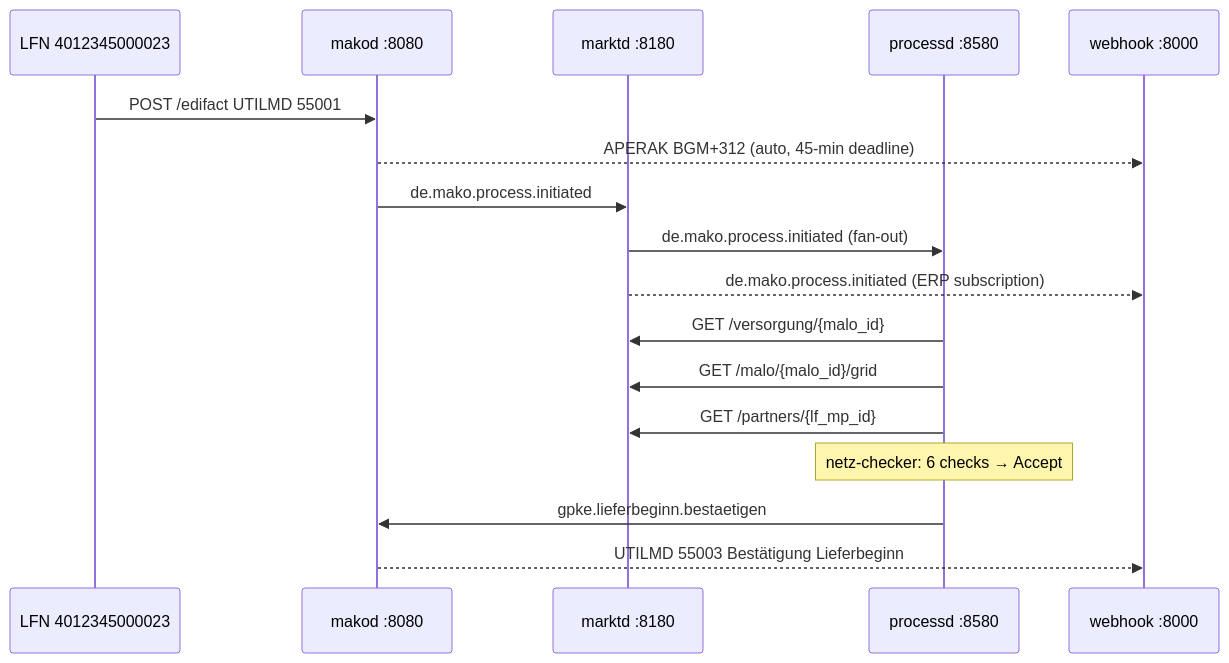
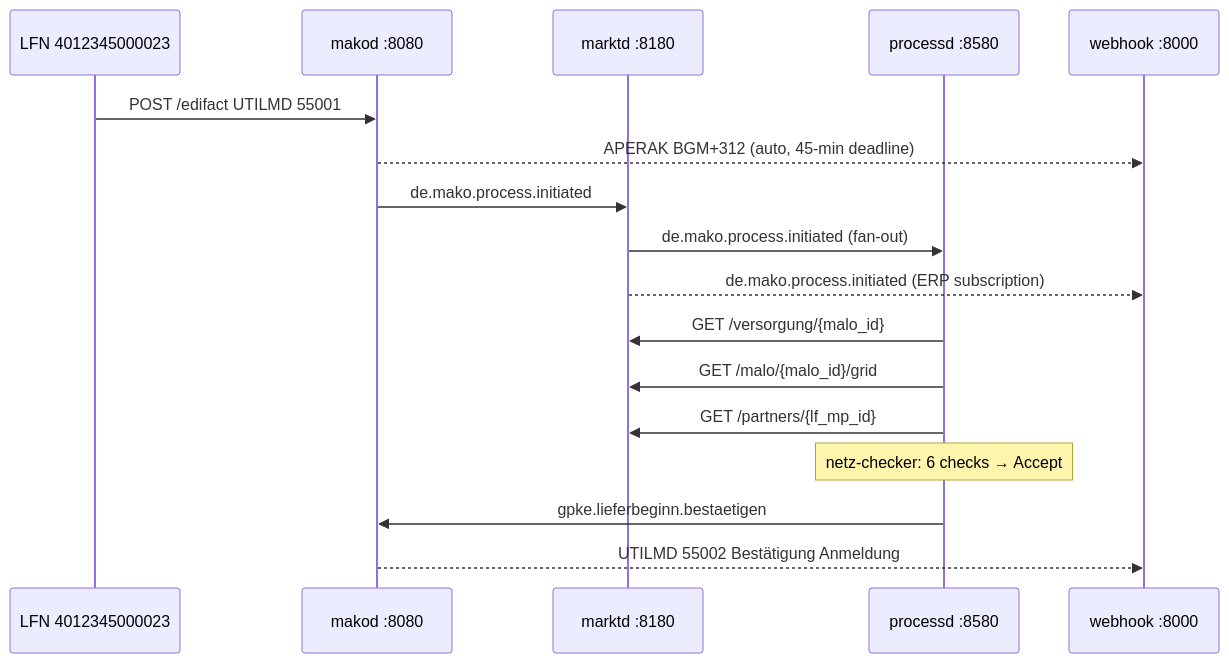
Before and after one commit to hupe1980/mako: the diagram in demos/nb-stp/README.md, drawn with Mermaid. The commit also changed other lines of this file and 276 other files, not shown here.

````diff
--- a/demos/nb-stp/README.md
+++ b/demos/nb-stp/README.md
@@ -35,20 +35,20 @@
 ```mermaid
 sequenceDiagram
     participant LF as LFN 4012345000023
     participant makod as makod :8080
     participant marktd as marktd :8180
     participant processd as processd :8580
     participant webhook as webhook :8000
 
     LF->>makod: POST /edifact  UTILMD 55001
     makod-->>webhook: APERAK BGM+312 (auto, 45-min deadline)
     makod->>marktd: de.mako.process.initiated
     marktd->>processd: de.mako.process.initiated (fan-out)
     marktd-->>webhook: de.mako.process.initiated (ERP subscription)
     processd->>marktd: GET /versorgung/{malo_id}
     processd->>marktd: GET /malo/{malo_id}/grid
     processd->>marktd: GET /partners/{lf_mp_id}
     Note over processd: netz-checker: 6 checks → Accept
     processd->>makod: gpke.lieferbeginn.bestaetigen
-    makod-->>webhook: UTILMD 55003 Bestätigung Lieferbeginn
+    makod-->>webhook: UTILMD 55002 Bestätigung Anmeldung
 ```
````
